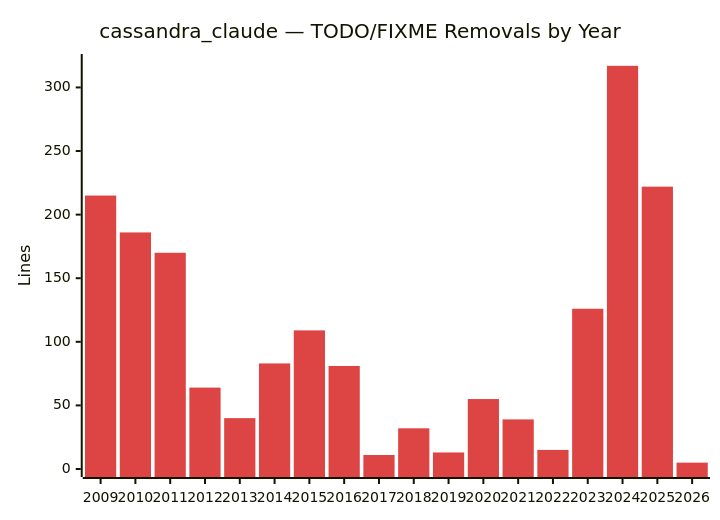
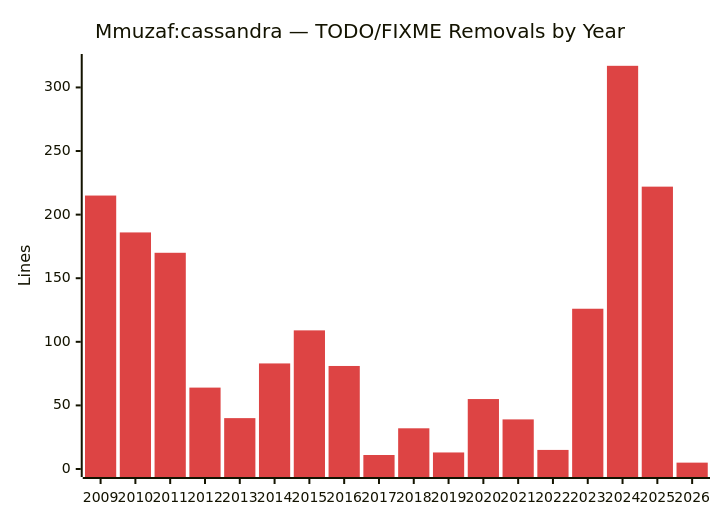
One commit to Mmuzaf/cassandra changed the third of 7 diagrams in todo_analysis.md. Above: the diagram before and after it, drawn with Mermaid. The commit also changed other lines of this file, not shown here.

Commit message:
fix background

````diff
--- a/todo_analysis.md
+++ b/todo_analysis.md
@@ -34,8 +34,8 @@
 ```mermaid
-%%{init: {'theme': 'base', 'themeVariables': {'xyChart': {'plotColorPalette': '#dd4444'}}}}%%
+%%{init: {'theme': 'base', 'themeVariables': {'background': '#ffffff', 'xyChart': {'plotColorPalette': '#dd4444'}}}}%%
 xychart-beta
-    title "cassandra_claude — TODO/FIXME Removals by Year"
+    title "Mmuzaf:cassandra — TODO/FIXME Removals by Year"
     x-axis [2009, 2010, 2011, 2012, 2013, 2014, 2015, 2016, 2017, 2018, 2019, 2020, 2021, 2022, 2023, 2024, 2025, 2026]
     y-axis "Lines" 0 --> 320
     bar [215, 186, 170, 64, 40, 83, 109, 81, 11, 32, 13, 55, 39, 15, 126, 317, 222, 5]
 ```
````
